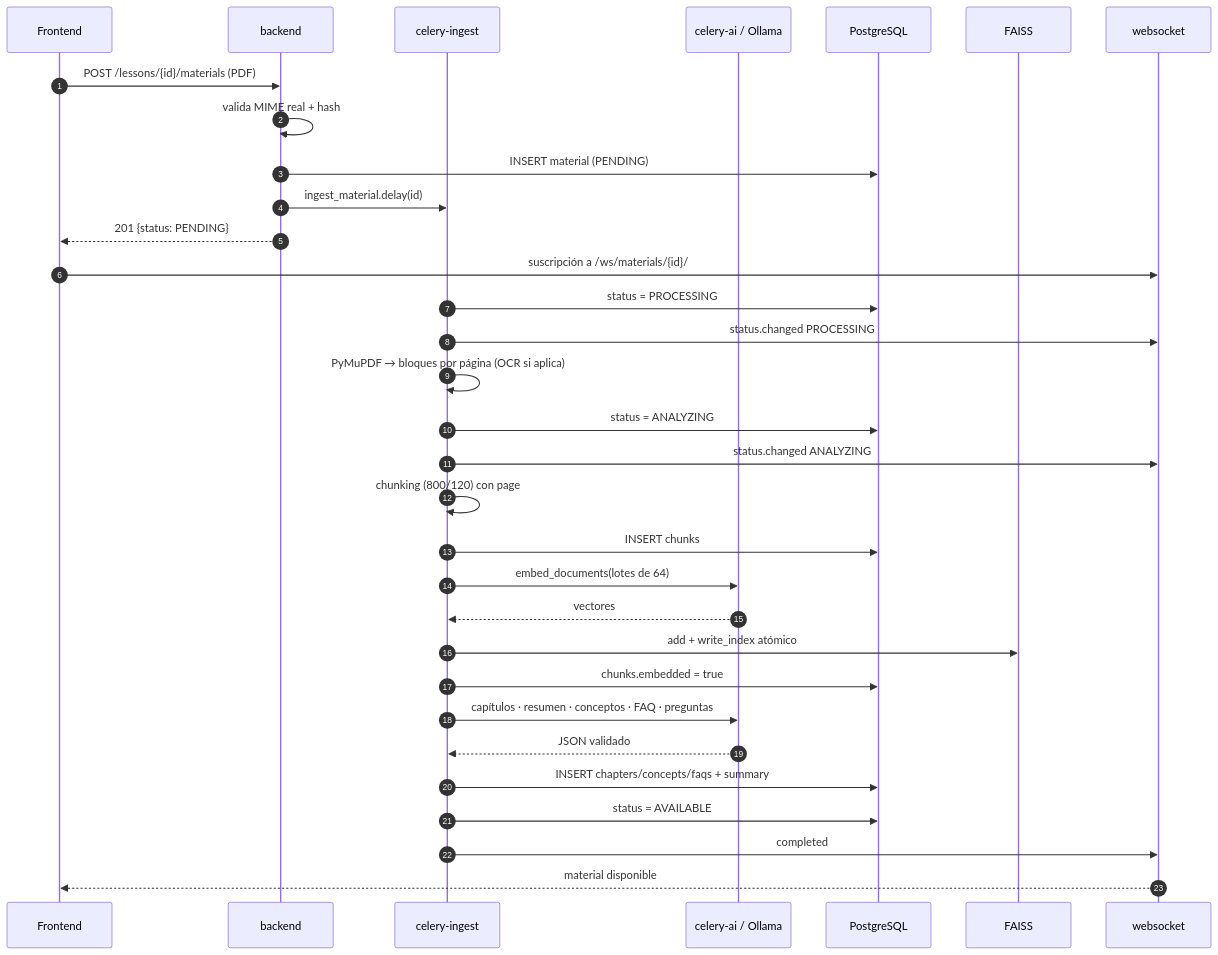
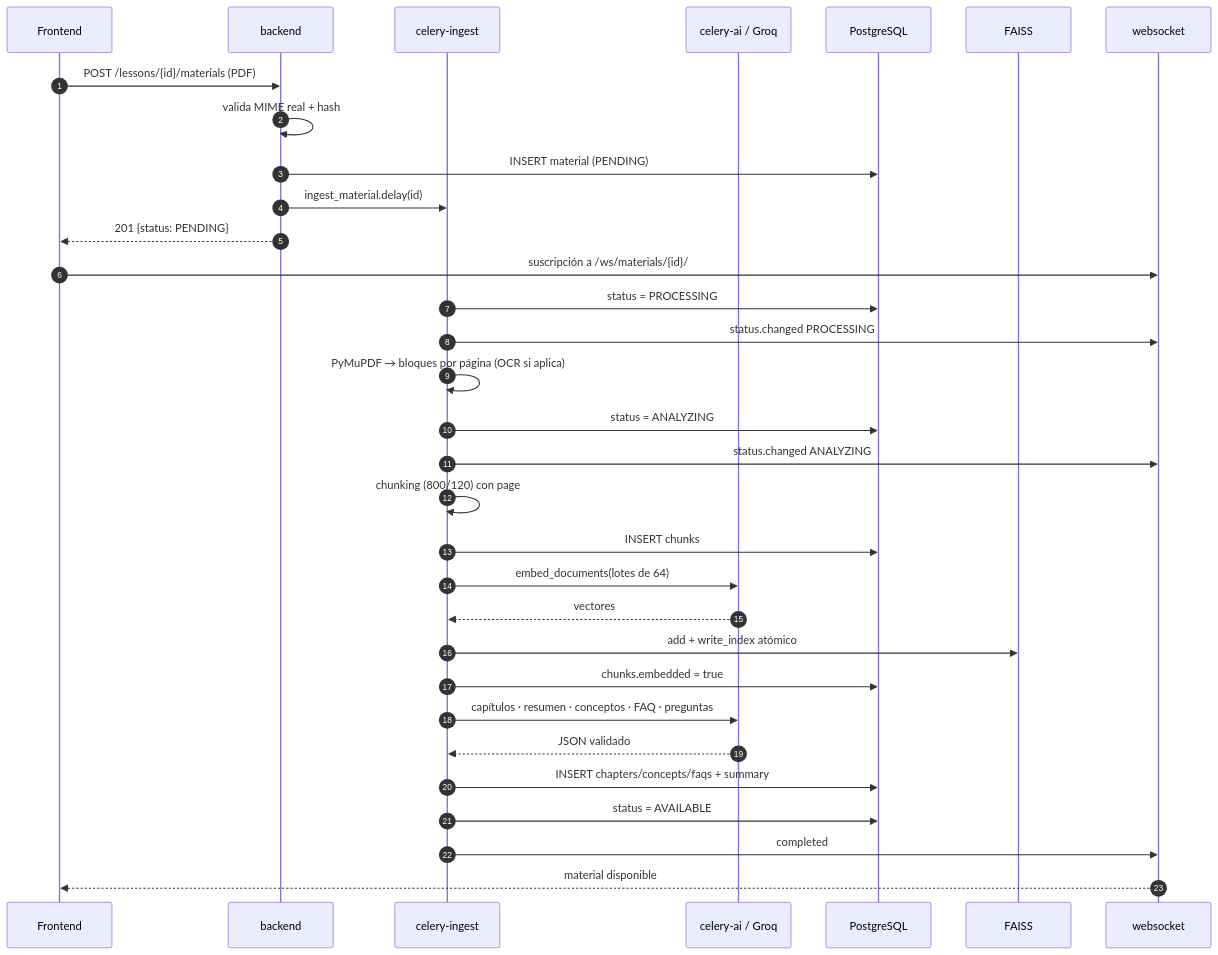
One commit to YoAndres2001/Capacitacion_IA changed the second of 2 diagrams in docs/13-flujo-procesamiento.md. Above: the diagram before and after it, drawn with Mermaid. The commit also changed other lines of this file and 118 other files, not shown here.

````diff
--- a/docs/13-flujo-procesamiento.md
+++ b/docs/13-flujo-procesamiento.md
@@ -199,35 +231,35 @@
 ```mermaid
 sequenceDiagram
     autonumber
     participant FE as Frontend
     participant API as backend
     participant CE as celery-ingest
-    participant AI as celery-ai / Ollama
+    participant AI as celery-ai / Groq
     participant DB as PostgreSQL
     participant FS as FAISS
     participant WS as websocket
 
     FE->>API: POST /lessons/{id}/materials (PDF)
     API->>API: valida MIME real + hash
     API->>DB: INSERT material (PENDING)
     API->>CE: ingest_material.delay(id)
     API-->>FE: 201 {status: PENDING}
     FE->>WS: suscripción a /ws/materials/{id}/
     CE->>DB: status = PROCESSING
     CE->>WS: status.changed PROCESSING
     CE->>CE: PyMuPDF → bloques por página (OCR si aplica)
     CE->>DB: status = ANALYZING
     CE->>WS: status.changed ANALYZING
     CE->>CE: chunking (800/120) con page
     CE->>DB: INSERT chunks
     CE->>AI: embed_documents(lotes de 64)
     AI-->>CE: vectores
     CE->>FS: add + write_index atómico
     CE->>DB: chunks.embedded = true
     CE->>AI: capítulos · resumen · conceptos · FAQ · preguntas
     AI-->>CE: JSON validado
     CE->>DB: INSERT chapters/concepts/faqs + summary
     CE->>DB: status = AVAILABLE
     CE->>WS: completed
     WS-->>FE: material disponible
 ```
````
